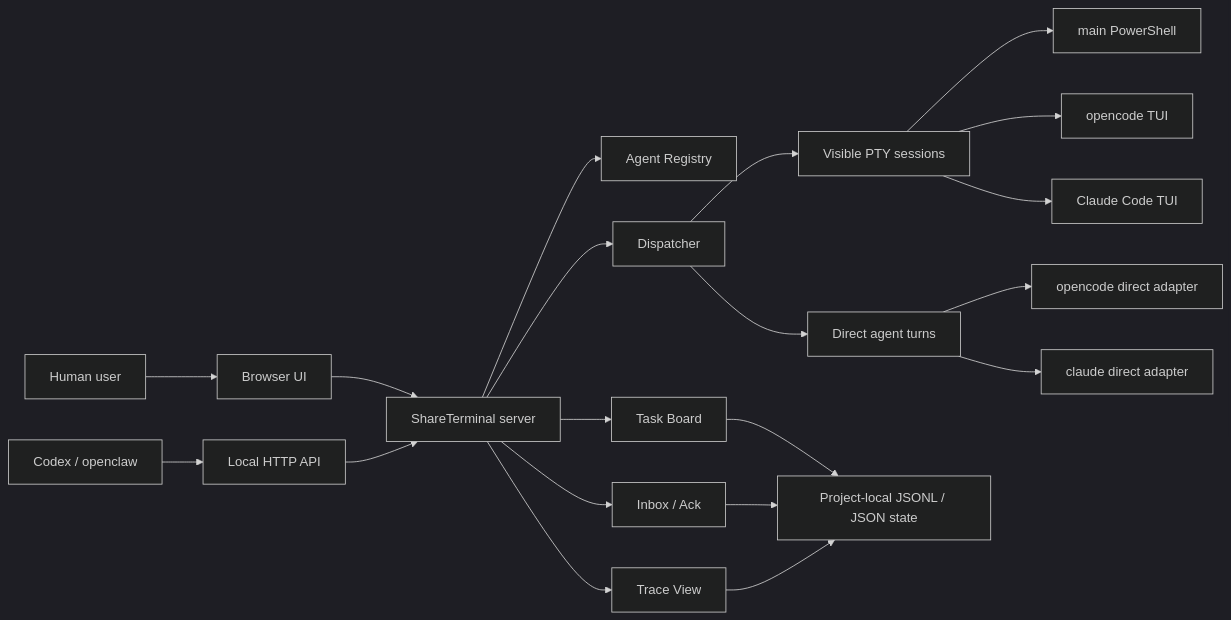
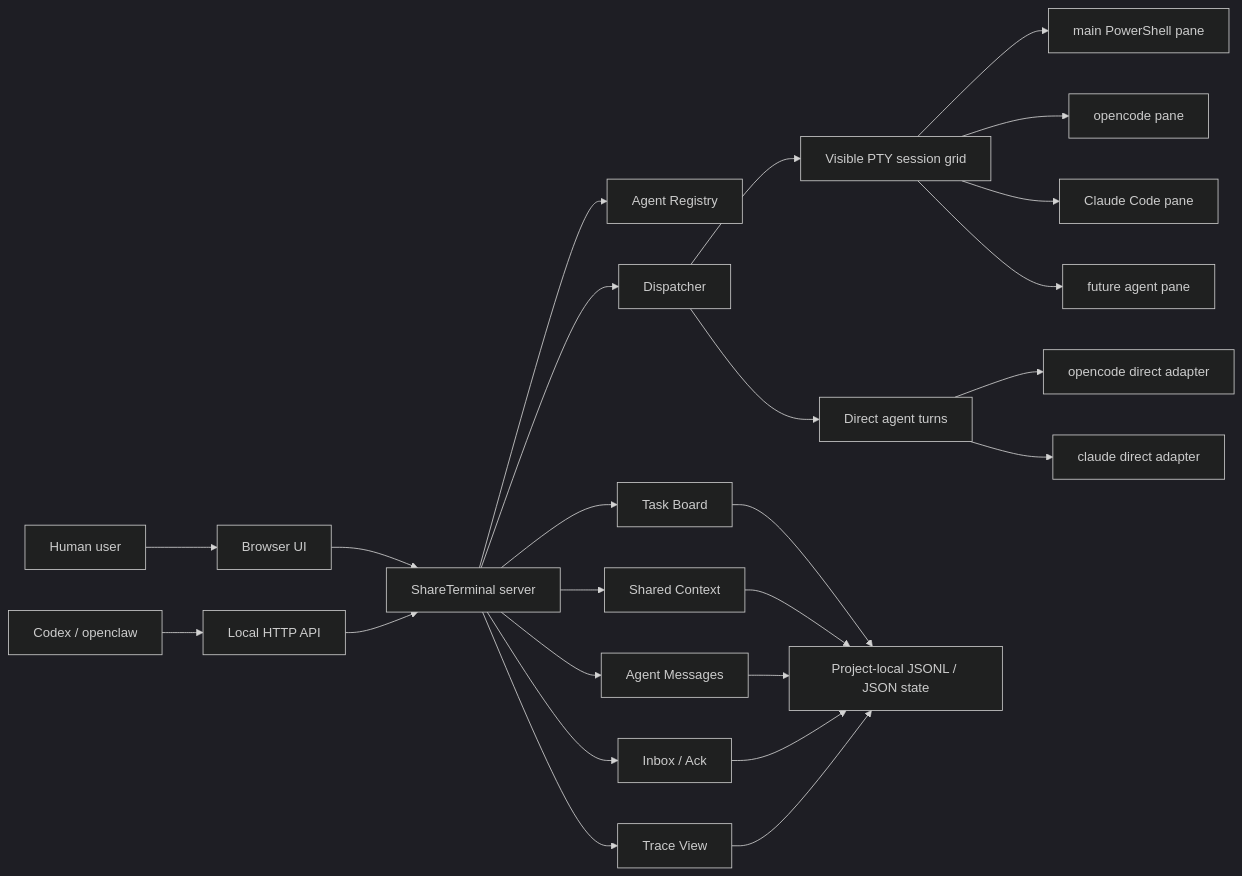
Before and after one commit to Drew593990/codex-shared-Terminal: the diagram in docs/phase2/agent-team-plan.md, drawn with Mermaid (dark theme). The commit also changed other lines of this file, not shown here.

Commit message:
docs: clarify phase 2 multi-agent workspace goal

````diff
--- a/docs/phase2/agent-team-plan.md
+++ b/docs/phase2/agent-team-plan.md
@@ -94,28 +114,33 @@
 ```mermaid
 flowchart LR
   User["Human user"] --> UI["Browser UI"]
   Codex["Codex / openclaw"] --> API["Local HTTP API"]
 
   UI --> Server["ShareTerminal server"]
   API --> Server
 
   Server --> Registry["Agent Registry"]
   Server --> Board["Task Board"]
   Server --> Dispatcher["Dispatcher"]
+  Server --> Context["Shared Context"]
+  Server --> Messages["Agent Messages"]
   Server --> Inbox["Inbox / Ack"]
   Server --> Trace["Trace View"]
 
-  Dispatcher --> Sessions["Visible PTY sessions"]
+  Dispatcher --> Sessions["Visible PTY session grid"]
   Dispatcher --> Direct["Direct agent turns"]
 
-  Sessions --> PowerShell["main PowerShell"]
-  Sessions --> OpenCodeTui["opencode TUI"]
-  Sessions --> ClaudeTui["Claude Code TUI"]
+  Sessions --> PowerShell["main PowerShell pane"]
+  Sessions --> OpenCodeTui["opencode pane"]
+  Sessions --> ClaudeTui["Claude Code pane"]
+  Sessions --> AgentN["future agent pane"]
 
   Direct --> OpenCodeRun["opencode direct adapter"]
   Direct --> ClaudeRun["claude direct adapter"]
 
   Board --> Disk["Project-local JSONL / JSON state"]
+  Context --> Disk
+  Messages --> Disk
   Inbox --> Disk
   Trace --> Disk
 ```
````
